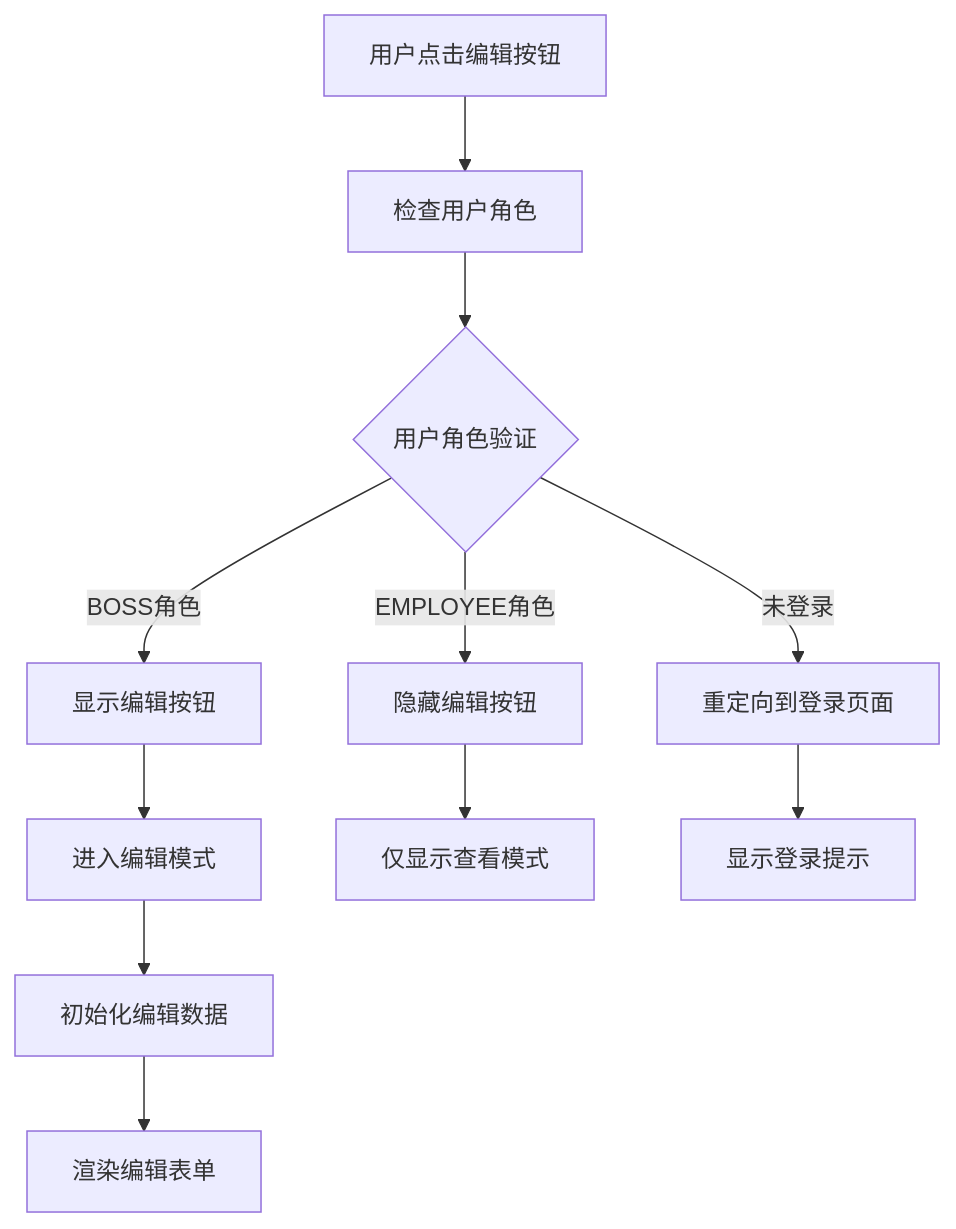
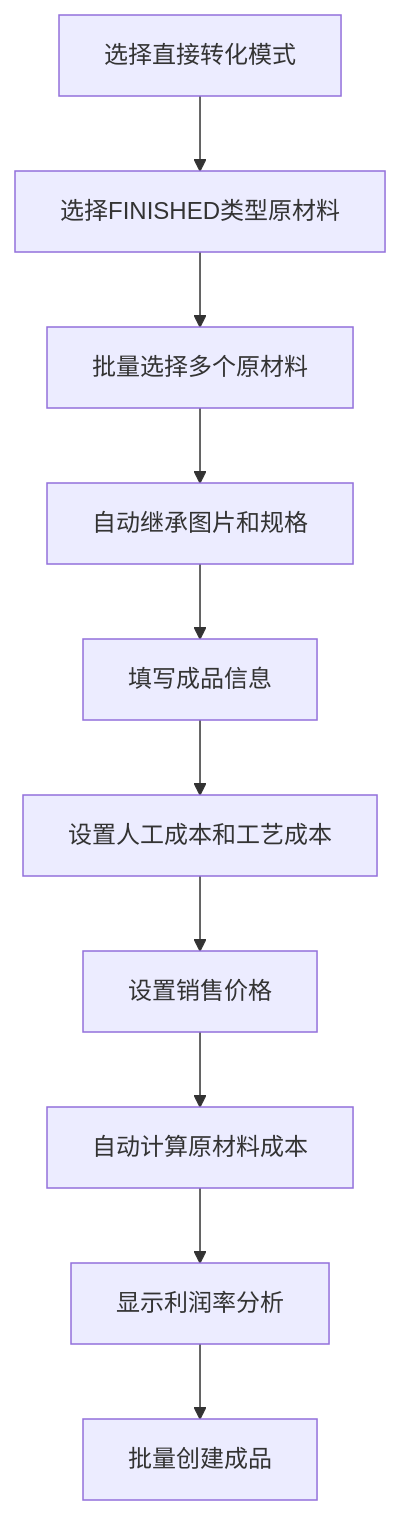
Before and after one commit to zhuoweishun/shuijing-erp: the sixth of 14 diagrams in .trae/documents/05-业务流程详细规范文档.md, drawn with Mermaid. The commit also changed other lines of this file and 118 other files, not shown here.

````diff
--- a/.trae/documents/05-业务流程详细规范文档.md
+++ b/.trae/documents/05-业务流程详细规范文档.md
@@ -529,13 +232,12 @@
 ```mermaid
 flowchart TD
-    A[用户点击编辑按钮] --> B[检查用户角色]
-    B --> C{用户角色验证}
-    C -->|BOSS角色| D[显示编辑按钮]
-    C -->|EMPLOYEE角色| E[隐藏编辑按钮]
-    C -->|未登录| F[重定向到登录页面]
-    D --> G[进入编辑模式]
-    G --> H[初始化编辑数据]
-    H --> I[渲染编辑表单]
-    E --> J[仅显示查看模式]
-    F --> K[显示登录提示]
+    A[选择直接转化模式] --> B[选择FINISHED类型原材料]
+    B --> C[批量选择多个原材料]
+    C --> D[自动继承图片和规格]
+    D --> E[填写成品信息]
+    E --> F[设置人工成本和工艺成本]
+    F --> G[设置销售价格]
+    G --> H[自动计算原材料成本]
+    H --> I[显示利润率分析]
+    I --> J[批量创建成品]
 ```
````
